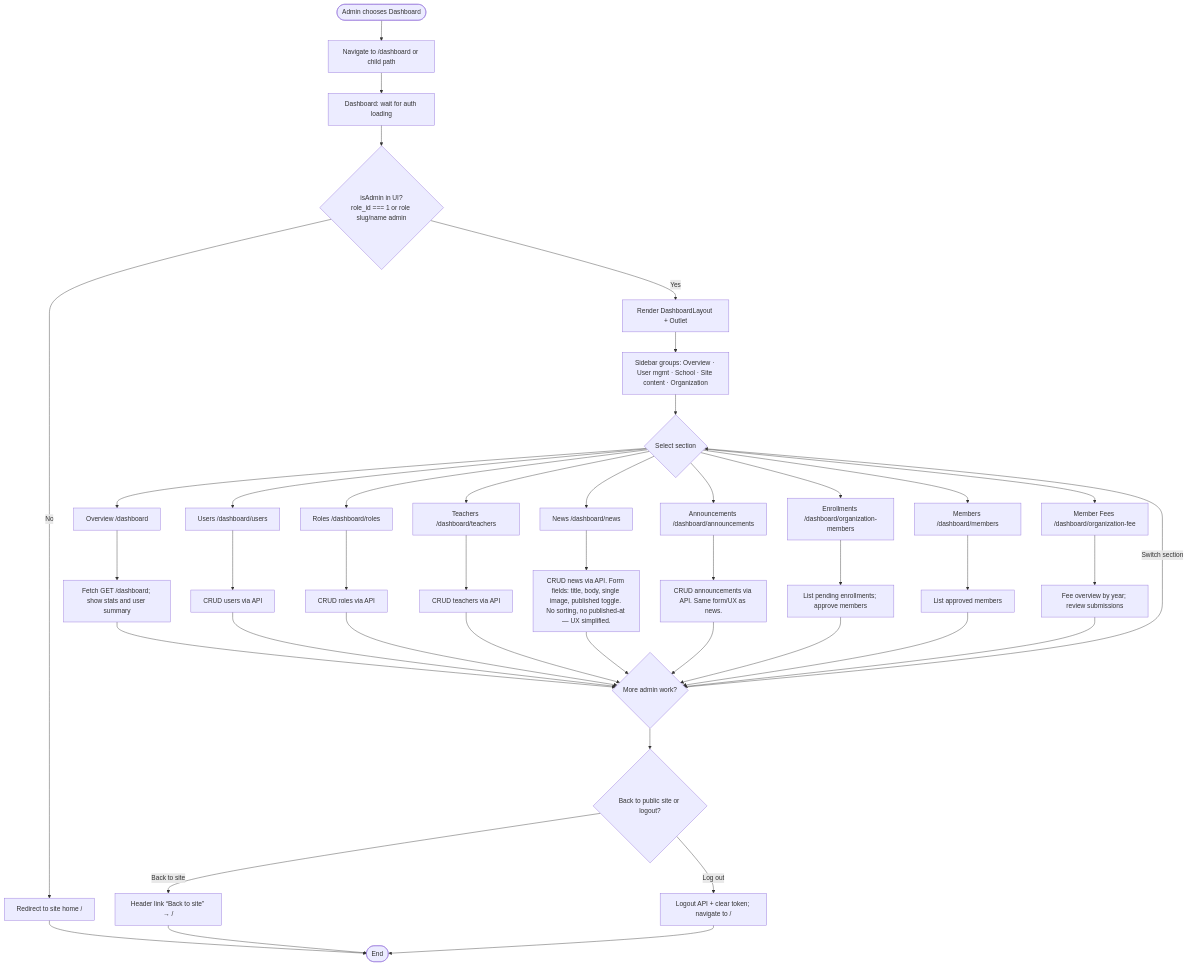
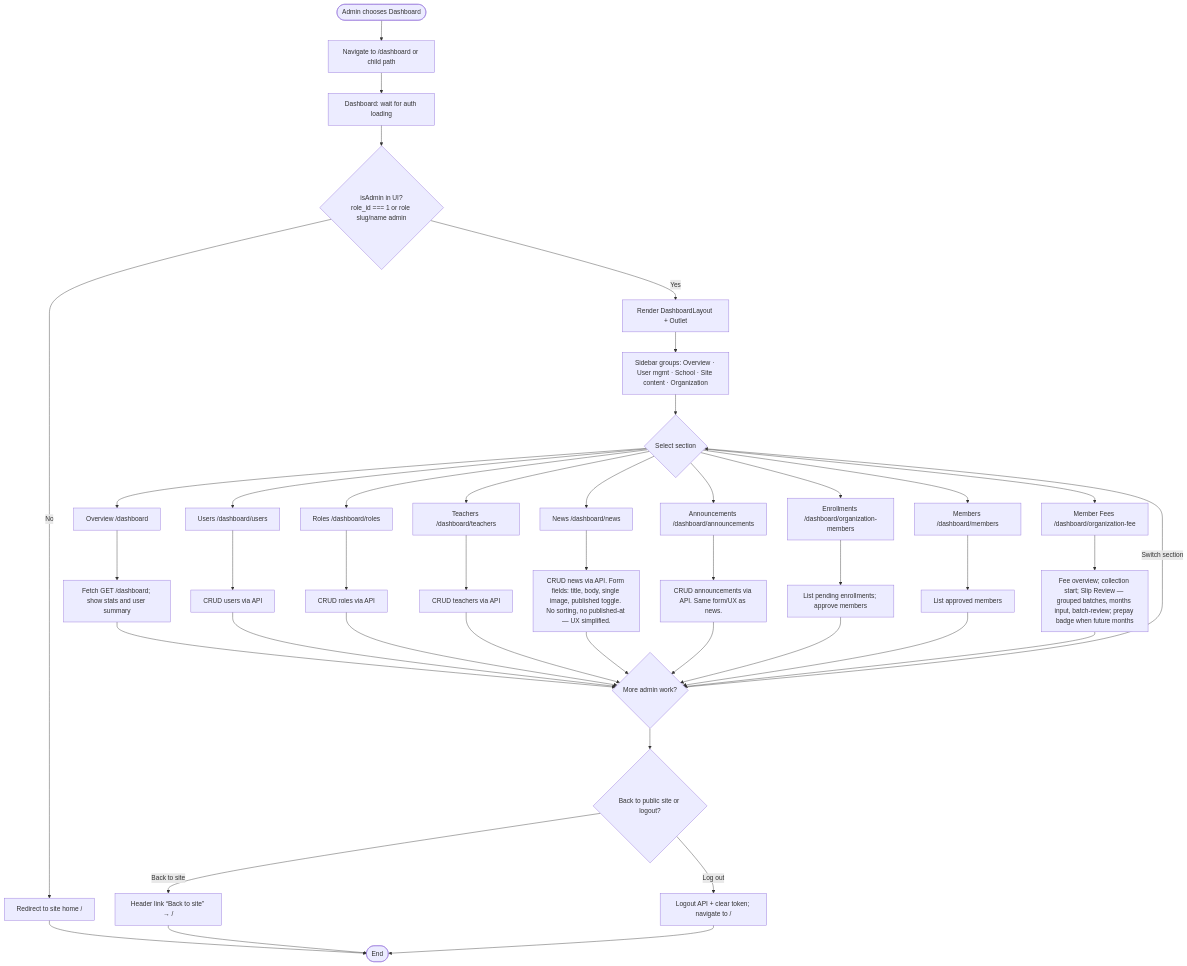
One commit to ThawHtooZin/behs3bahanapi changed diagram 18 of 18 in documents/ACTIVITY_DIAGRAMS.md. Above: the diagram before and after it, drawn with Mermaid. The commit also changed other lines of this file and 6 other files, not shown here.

First line of the commit message:
feat(organization-fee): collection start, bulk arrears slip, prepay, batch review

````diff
--- a/documents/ACTIVITY_DIAGRAMS.md
+++ b/documents/ACTIVITY_DIAGRAMS.md
@@ -301,50 +515,50 @@
 ```mermaid
 flowchart TB
   DStart([Admin chooses Dashboard]) --> DNav[Navigate to /dashboard or child path]
   DNav --> DLoad[Dashboard: wait for auth loading]
   DLoad --> IsAdmin{isAdmin in UI?\nrole_id === 1 or role slug/name admin}
   IsAdmin -->|No| Kick[Redirect to site home /]
   Kick --> DEnd([End])
   IsAdmin -->|Yes| Layout[Render DashboardLayout + Outlet]
 
   Layout --> Sidebar[Sidebar groups: Overview · User mgmt · School · Site content · Organization]
   Sidebar --> Pick{Select section}
 
   Pick --> OV[Overview /dashboard]
   Pick --> US[Users /dashboard/users]
   Pick --> RO[Roles /dashboard/roles]
   Pick --> TE[Teachers /dashboard/teachers]
   Pick --> NW[News /dashboard/news]
   Pick --> AN[Announcements /dashboard/announcements]
   Pick --> EN[Enrollments /dashboard/organization-members]
   Pick --> ME[Members /dashboard/members]
   Pick --> FE[Member Fees /dashboard/organization-fee]
 
   OV --> OVAct[Fetch GET /dashboard; show stats and user summary]
   US --> USAct[CRUD users via API]
   RO --> ROAct[CRUD roles via API]
   TE --> TEAct[CRUD teachers via API]
   NW --> NWAct[CRUD news via API. Form fields: title, body, single image, published toggle. No sorting, no published-at — UX simplified.]
   AN --> ANAct[CRUD announcements via API. Same form/UX as news.]
   EN --> ENAct[List pending enrollments; approve members]
   ME --> MEAct[List approved members]
-  FE --> FEAct[Fee overview by year; review submissions]
+  FE --> FEAct[Fee overview; collection start; Slip Review — grouped batches, months input, batch-review; prepay badge when future months]
 
   OVAct --> Loop{More admin work?}
   USAct --> Loop
   ROAct --> Loop
   TEAct --> Loop
   NWAct --> Loop
   ANAct --> Loop
   ENAct --> Loop
   MEAct --> Loop
   FEAct --> Loop
 
   Loop -->|Switch section| Pick
   Loop --> Back{Back to public site or logout?}
 
   Back -->|Back to site| Link[Header link “Back to site” → /]
   Back -->|Log out| Logout[Logout API + clear token; navigate to /]
   Link --> DEnd
   Logout --> DEnd
 ```
````
